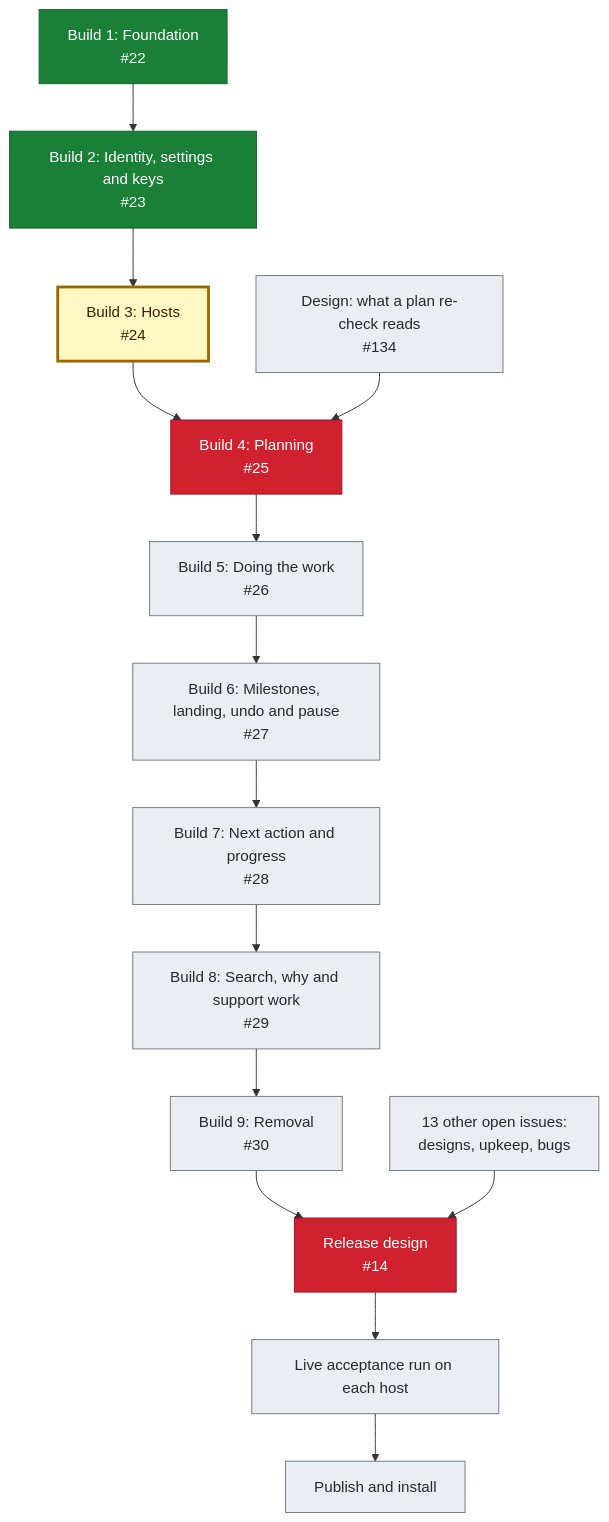
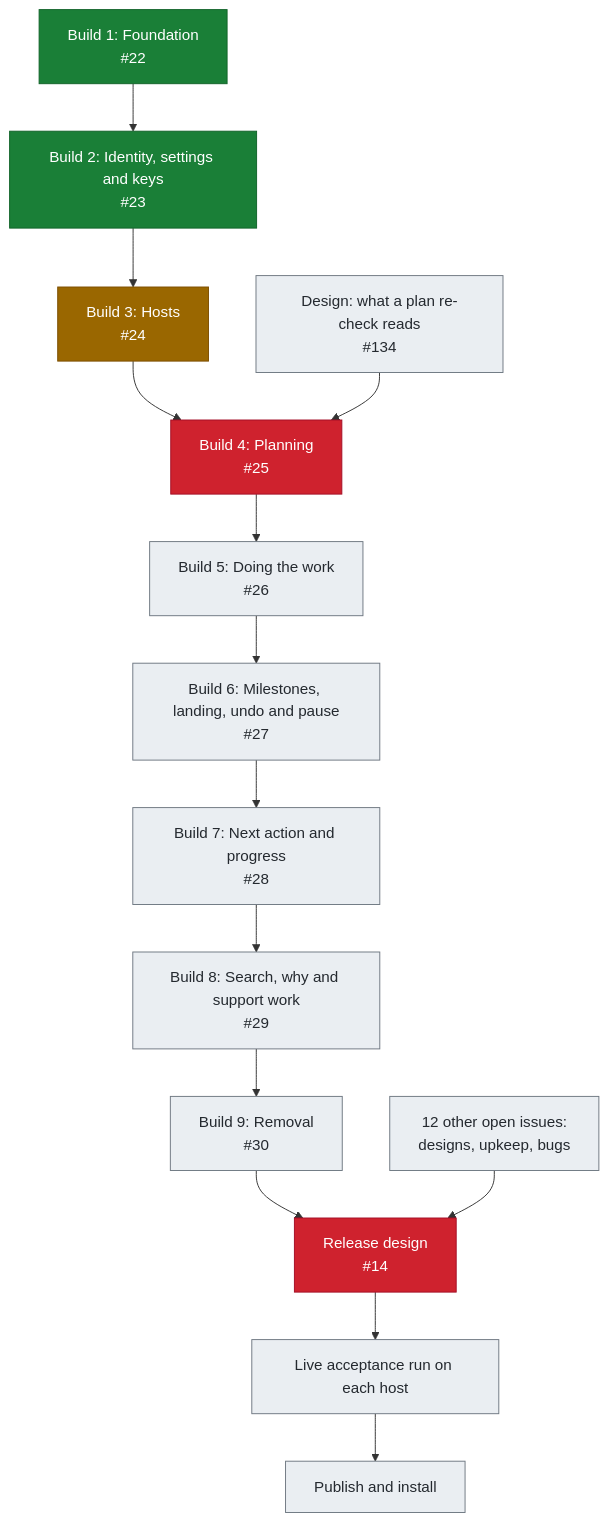
The first of 4 diagrams in docs/roadmap.md (crenshawdev/baley), drawn with Mermaid before and after one commit. The commit also changed other lines of this file, not shown here.

First line of the commit message:
docs(roadmap): show build 3's tasks on the roadmap with t1 in progress

````diff
--- a/docs/roadmap.md
+++ b/docs/roadmap.md
@@ -9,32 +9,32 @@
 ```mermaid
 flowchart TB
     B1["Build 1: Foundation<br/>#22"]
     B2["Build 2: Identity, settings and keys<br/>#23"]
     B3["Build 3: Hosts<br/>#24"]
     B4["Build 4: Planning<br/>#25"]
     B5["Build 5: Doing the work<br/>#26"]
     B6["Build 6: Milestones, landing, undo and pause<br/>#27"]
     B7["Build 7: Next action and progress<br/>#28"]
     B8["Build 8: Search, why and support work<br/>#29"]
     B9["Build 9: Removal<br/>#30"]
     D134["Design: what a plan re-check reads<br/>#134"]
-    OTHER["13 other open issues:<br/>designs, upkeep, bugs"]
+    OTHER["12 other open issues:<br/>designs, upkeep, bugs"]
     R1["Release design<br/>#14"]
     R2["Live acceptance run on each host"]
     R3["Publish and install"]
 
     B1 --> B2 --> B3 --> B4 --> B5 --> B6 --> B7 --> B8 --> B9 --> R1 --> R2 --> R3
     D134 --> B4
     OTHER --> R1
 
     classDef done fill:#1a7f37,stroke:#116329,color:#ffffff
     classDef progress fill:#9a6700,stroke:#7d4e00,color:#ffffff
     classDef next fill:#fff8c5,stroke:#9a6700,stroke-width:3px,color:#3b2300
     classDef blocked fill:#cf222e,stroke:#a40e26,color:#ffffff
     classDef planned fill:#eaeef2,stroke:#6e7781,color:#24292f
 
     class B1,B2 done
-    class B3 next
+    class B3 progress
     class B4,R1 blocked
     class B5,B6,B7,B8,B9,D134,OTHER,R2,R3 planned
 ```
````
